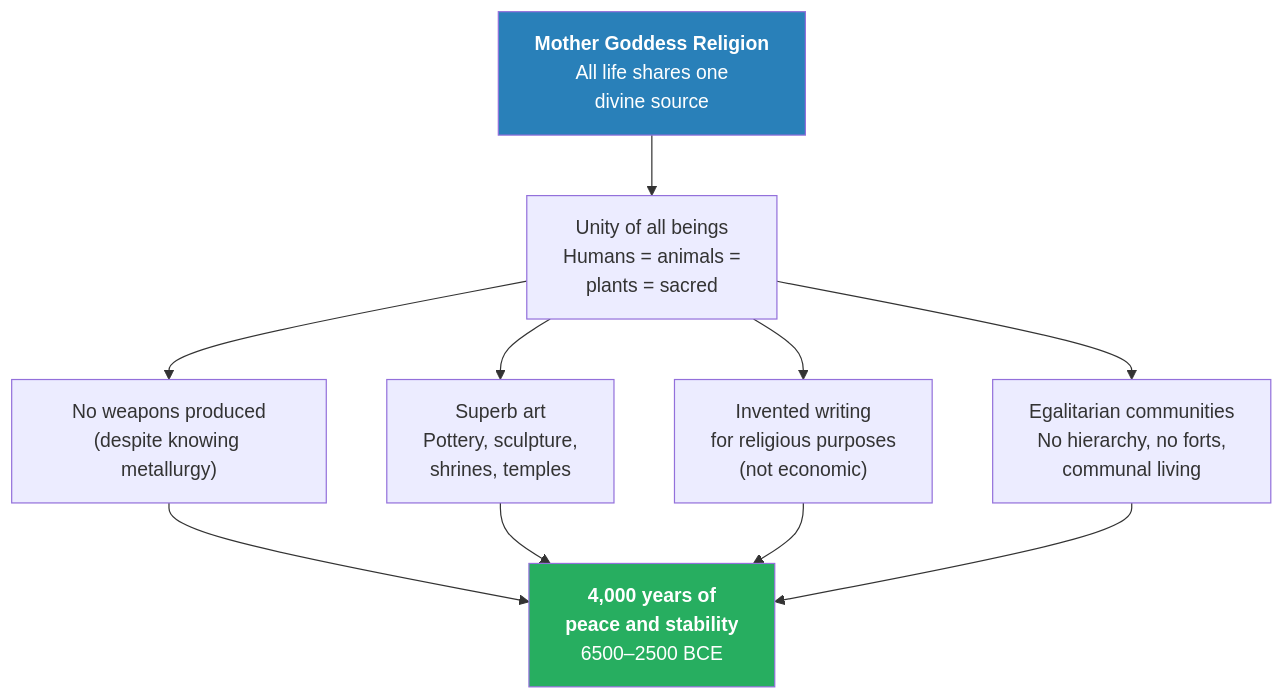
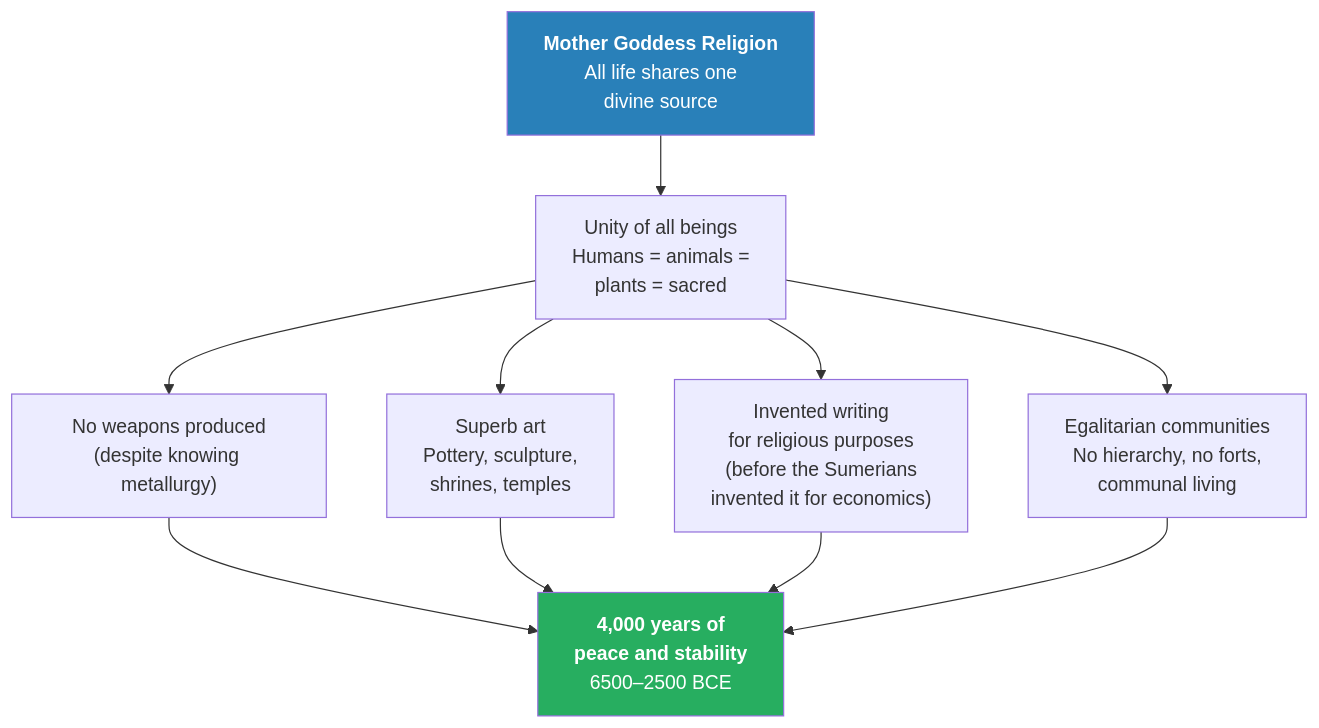
The sixth of 8 diagrams in summaries/Lectures/Civilization/04 - The Paradise Lost of Marija Gimbutas.md (alius33/reader), drawn with Mermaid before and after one commit. The commit also changed other lines of this file and 26 other files, not shown here.

````diff
--- a/summaries/Lectures/Civilization/04 - The Paradise Lost of Marija Gimbutas.md
+++ b/summaries/Lectures/Civilization/04 - The Paradise Lost of Marija Gimbutas.md
@@ -380,14 +287,14 @@
 ```mermaid
 flowchart TB
     MG["<b>Mother Goddess Religion</b><br/>All life shares one<br/>divine source"] --> U["Unity of all beings<br/>Humans = animals =<br/>plants = sacred"]
     U --> P["No weapons produced<br/>(despite knowing metallurgy)"]
     U --> A["Superb art<br/>Pottery, sculpture,<br/>shrines, temples"]
-    U --> W["Invented writing<br/>for religious purposes<br/>(not economic)"]
+    U --> W["Invented writing<br/>for religious purposes<br/>(before the Sumerians<br/>invented it for economics)"]
     U --> E["Egalitarian communities<br/>No hierarchy, no forts,<br/>communal living"]
     P --> S["<b>4,000 years of</b><br/><b>peace and stability</b><br/>6500–2500 BCE"]
     A --> S
     W --> S
     E --> S
     style MG fill:#2980b9,color:#fff
     style S fill:#27ae60,color:#fff
 ```
````
